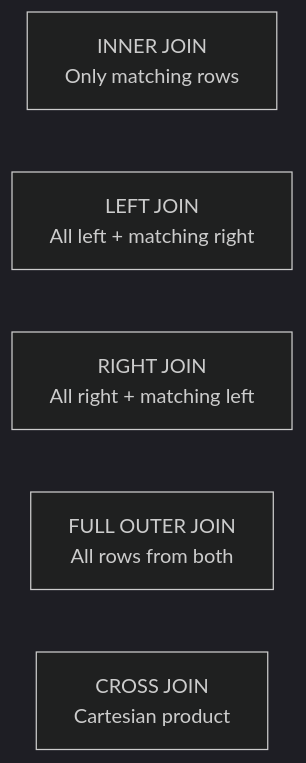
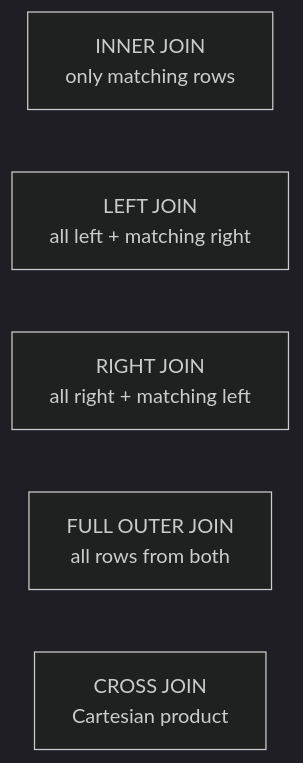
Before and after one commit to AlexBelik269/web-it: the third of 6 diagrams in src/content/docs/databases/sql/sql-fundamentals.mdx, drawn with Mermaid (dark theme). The commit also changed other lines of this file and 26 other files, not shown here.

````diff
--- a/src/content/docs/databases/sql/sql-fundamentals.mdx
+++ b/src/content/docs/databases/sql/sql-fundamentals.mdx
@@ -40,8 +198,8 @@
 ```mermaid
 flowchart LR
-    IJ["INNER JOIN\nOnly matching rows"]
-    LJ["LEFT JOIN\nAll left + matching right"]
-    RJ["RIGHT JOIN\nAll right + matching left"]
-    FJ["FULL OUTER JOIN\nAll rows from both"]
-    CJ["CROSS JOIN\nCartesian product"]
+    IJ["INNER JOIN<br/>only matching rows"]
+    LJ["LEFT JOIN<br/>all left + matching right"]
+    RJ["RIGHT JOIN<br/>all right + matching left"]
+    FJ["FULL OUTER JOIN<br/>all rows from both"]
+    CJ["CROSS JOIN<br/>Cartesian product"]
 ```
````
